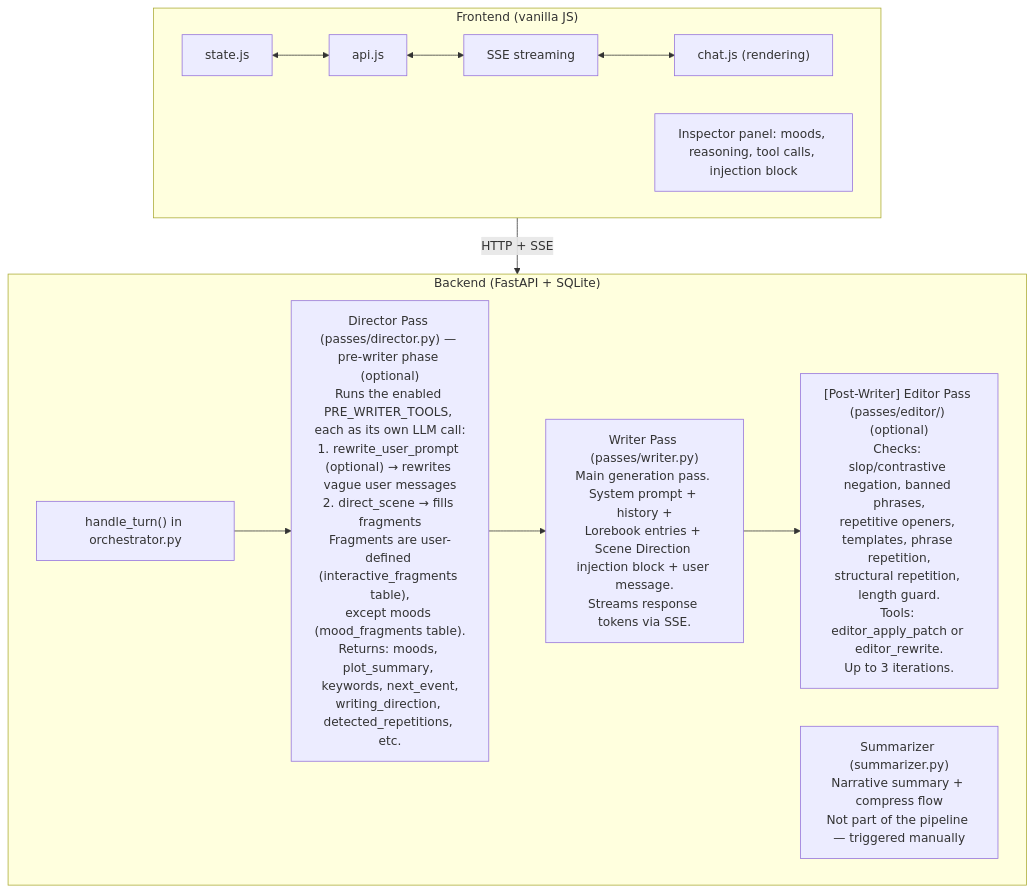
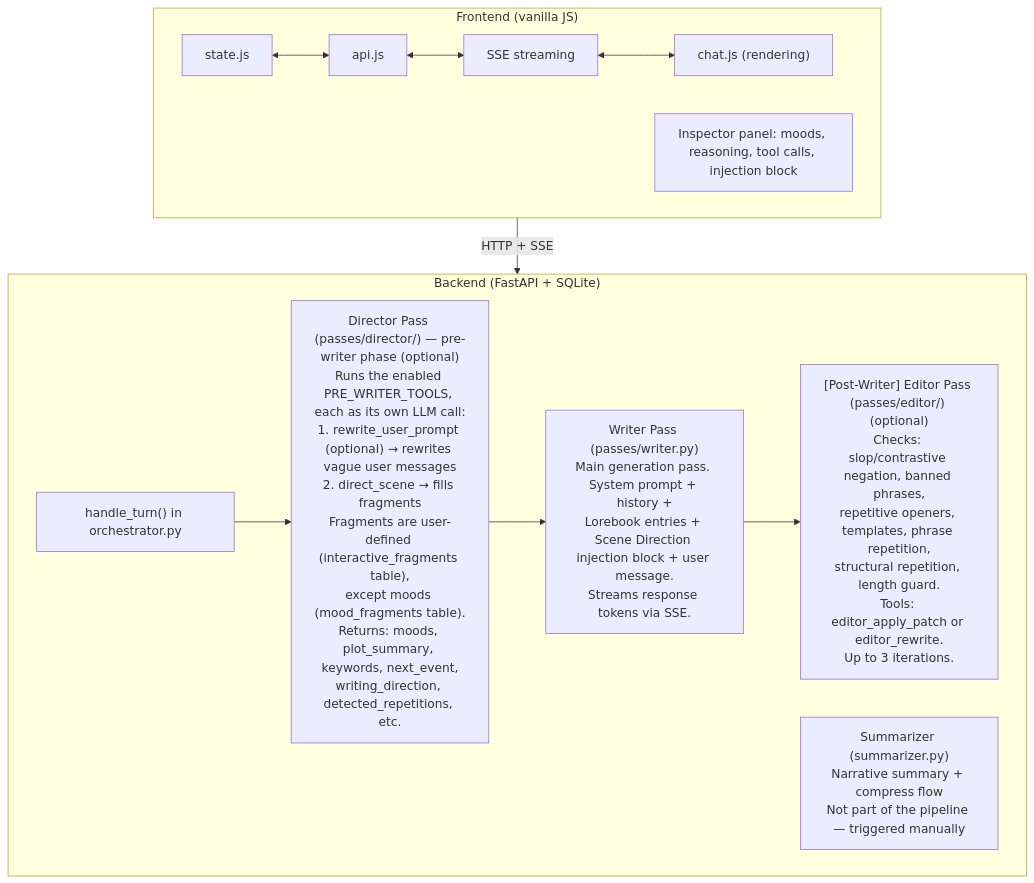
One commit to OrbFrontend/Orb changed the first of 4 diagrams in AGENTS.md. Above: the diagram before and after it, drawn with Mermaid. The commit also changed other lines of this file, not shown here.

````diff
--- a/AGENTS.md
+++ b/AGENTS.md
@@ -17,22 +17,22 @@
 ```mermaid
 graph TD
     subgraph Frontend ["Frontend (vanilla JS)"]
         state["state.js"] <--> api["api.js"]
         api <--> sse["SSE streaming"]
         sse <--> chat["chat.js (rendering)"]
         inspector["Inspector panel: moods, reasoning, tool calls, injection block"]
     end
 
     subgraph Backend ["Backend (FastAPI + SQLite)"]
         orch["handle_turn() in orchestrator.py"]
 
-        dir["Director Pass (passes/director.py) — pre-writer phase (optional)<br/>Runs the enabled PRE_WRITER_TOOLS, each as its own LLM call:<br/>1. rewrite_user_prompt (optional) → rewrites vague user messages<br/>2. direct_scene → fills fragments<br/>Fragments are user-defined (interactive_fragments table),<br/>except moods (mood_fragments table).<br/>Returns: moods, plot_summary, keywords, next_event,<br/>writing_direction, detected_repetitions, etc."]
+        dir["Director Pass (passes/director/) — pre-writer phase (optional)<br/>Runs the enabled PRE_WRITER_TOOLS, each as its own LLM call:<br/>1. rewrite_user_prompt (optional) → rewrites vague user messages<br/>2. direct_scene → fills fragments<br/>Fragments are user-defined (interactive_fragments table),<br/>except moods (mood_fragments table).<br/>Returns: moods, plot_summary, keywords, next_event,<br/>writing_direction, detected_repetitions, etc."]
         writer["Writer Pass (passes/writer.py)<br/>Main generation pass. System prompt + history +<br/>Lorebook entries + Scene Direction injection block + user message.<br/>Streams response tokens via SSE."]
         editor["[Post-Writer] Editor Pass (passes/editor/) (optional)<br/>Checks: slop/contrastive negation, banned phrases,<br/>repetitive openers, templates, phrase repetition,<br/>structural repetition, length guard.<br/>Tools: editor_apply_patch or editor_rewrite.<br/>Up to 3 iterations."]
         summarizer["Summarizer (summarizer.py)<br/>Narrative summary + compress flow<br/>Not part of the pipeline — triggered manually"]
 
         orch --> dir --> writer --> editor
     end
 
     Frontend -- "HTTP + SSE" --> Backend
 ```
````
